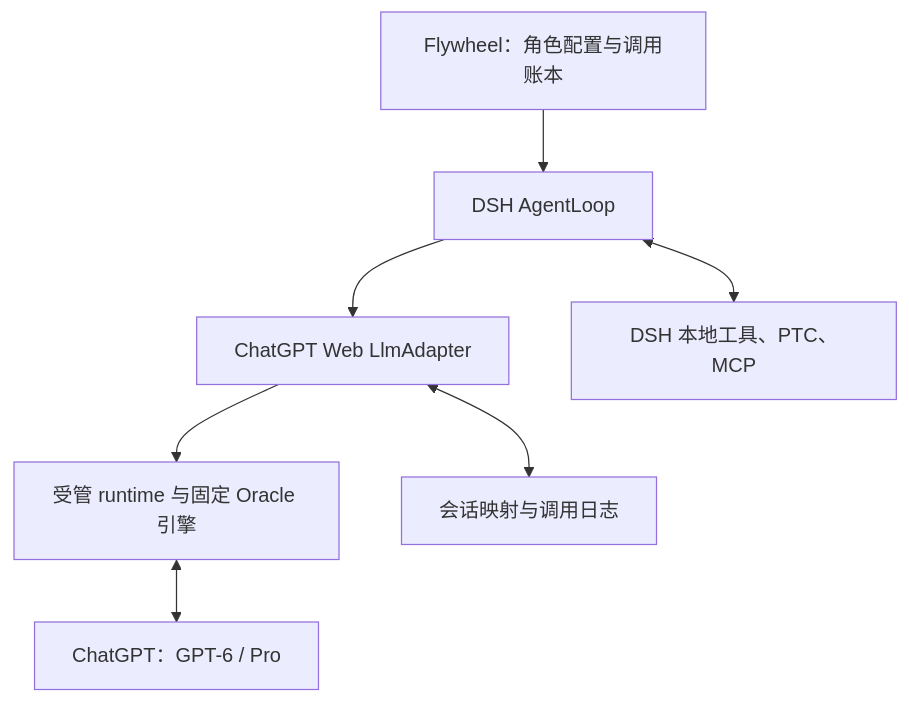
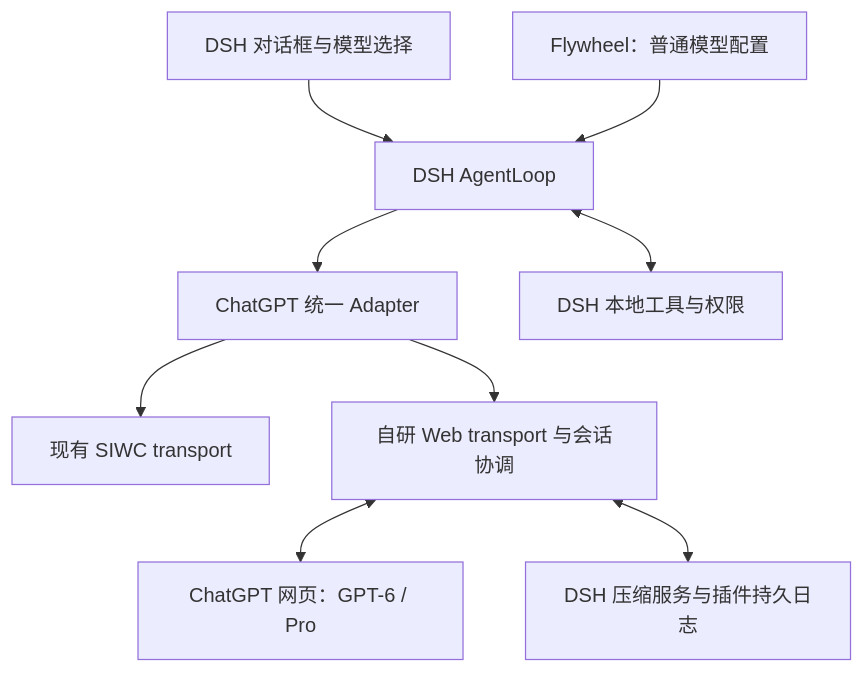
The first of 2 diagrams in docs/plans/2026-11-17-chatgpt-web-provider.md (ckanner/flywheel), drawn with Mermaid before and after one commit. The commit also changed other lines of this file and 4 other files, not shown here.

Commit message:
docs: redesign Web Pro as a native ChatGPT plugin model

````diff
--- a/docs/plans/2026-11-17-chatgpt-web-provider.md
+++ b/docs/plans/2026-11-17-chatgpt-web-provider.md
@@ -51,9 +125,11 @@
 ```mermaid
 flowchart TD
-  F["Flywheel：角色配置与调用账本"] --> A["DSH AgentLoop"]
-  A --> P["ChatGPT Web LlmAdapter"]
-  P --> R["受管 runtime 与固定 Oracle 引擎"]
-  R <--> C["ChatGPT：GPT-6 / Pro"]
-  A <--> T["DSH 本地工具、PTC、MCP"]
-  P <--> J["会话映射与调用日志"]
+  U["DSH 对话框与模型选择"] --> A["DSH AgentLoop"]
+  F["Flywheel：普通模型配置"] --> A
+  A --> P["ChatGPT 统一 Adapter"]
+  P --> S["现有 SIWC transport"]
+  P --> W["自研 Web transport 与会话协调"]
+  W <--> C["ChatGPT 网页：GPT-6 / Pro"]
+  A <--> T["DSH 本地工具与权限"]
+  W <--> H["DSH 压缩服务与插件持久日志"]
 ```
````
